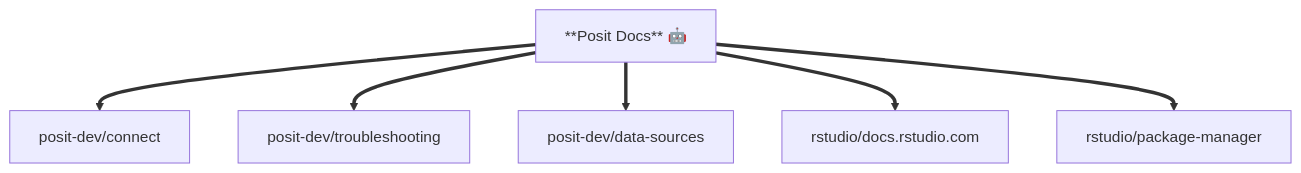
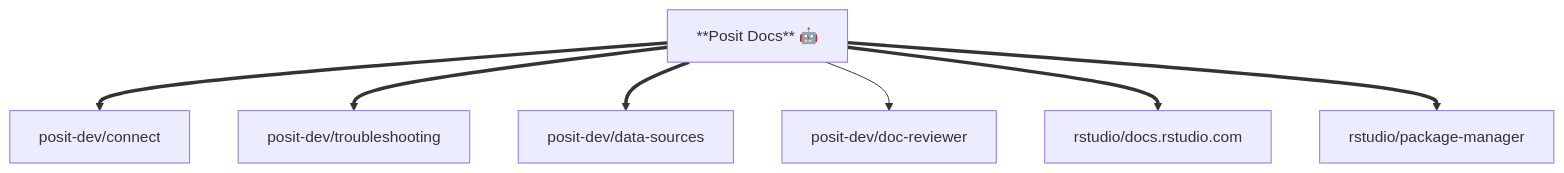
Before and after one commit to posit-dev/images-shared: the sixth of 6 diagrams in pulumi/github/github-apps/README.md, drawn with Mermaid. The commit also changed other lines of this file and 1 other file, not shown here.

Commit message:
Add posit-docs bot for doc-reviewer
The posit-docs GitHub App runs the doc-reviewer skill on PRs
across both orgs. Uses existing secret names (POSIT_DOCS_APP_ID,
POSIT_DOCS_PEM) via the secretPrefix config option.

The doc-reviewer repo itself only needs the app installed (no
secrets) since it hosts the reusable workflow. Calling repos
get the secrets to authenticate as the app.

````diff
--- a/pulumi/github/github-apps/README.md
+++ b/pulumi/github/github-apps/README.md
@@ -112,10 +113,11 @@
 ```mermaid
 graph TD
     BOT["**Posit Docs** 🤖"]
 
     BOT ==> PCT["posit-dev/connect"]
     BOT ==> TS["posit-dev/troubleshooting"]
     BOT ==> DS["posit-dev/data-sources"]
+    BOT --> DR["posit-dev/doc-reviewer"]
     BOT ==> DOCS["rstudio/docs.rstudio.com"]
     BOT ==> PPM["rstudio/package-manager"]
 ```
````
